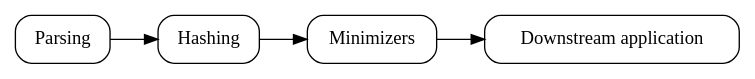
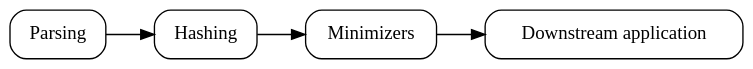
Before and after one commit to imartayan/phd: the diagram in chapters/hpc.qmd, drawn with Graphviz.

Commit message:
Fix diagram aspect ratio

````diff
--- a/chapters/hpc.qmd
+++ b/chapters/hpc.qmd
@@ -9,11 +9,14 @@
 ```{dot}
+//| fig-width: 6
+//| fig-height: 0.6
 digraph {
   rankdir=LR
+  graph [margin=0.1 pad=0]
   node [shape=box style=rounded]
-  Parsing -> Hashing -> Minimizers -> "Downstream application"
-  Parsing [URL="simd-parsing.html"]
-  Hashing [URL="rolling-hash.html"]
-  Minimizers [URL="simd-minimizers.html"]
+  "Parsing" -> "Hashing" -> "Minimizers" -> "Downstream application"
+  "Parsing" [URL="simd-parsing.html"]
+  "Hashing" [URL="rolling-hash.html"]
+  "Minimizers" [URL="simd-minimizers.html"]
   "Downstream application" [URL="filtering.html"]
 }
 ```
````
